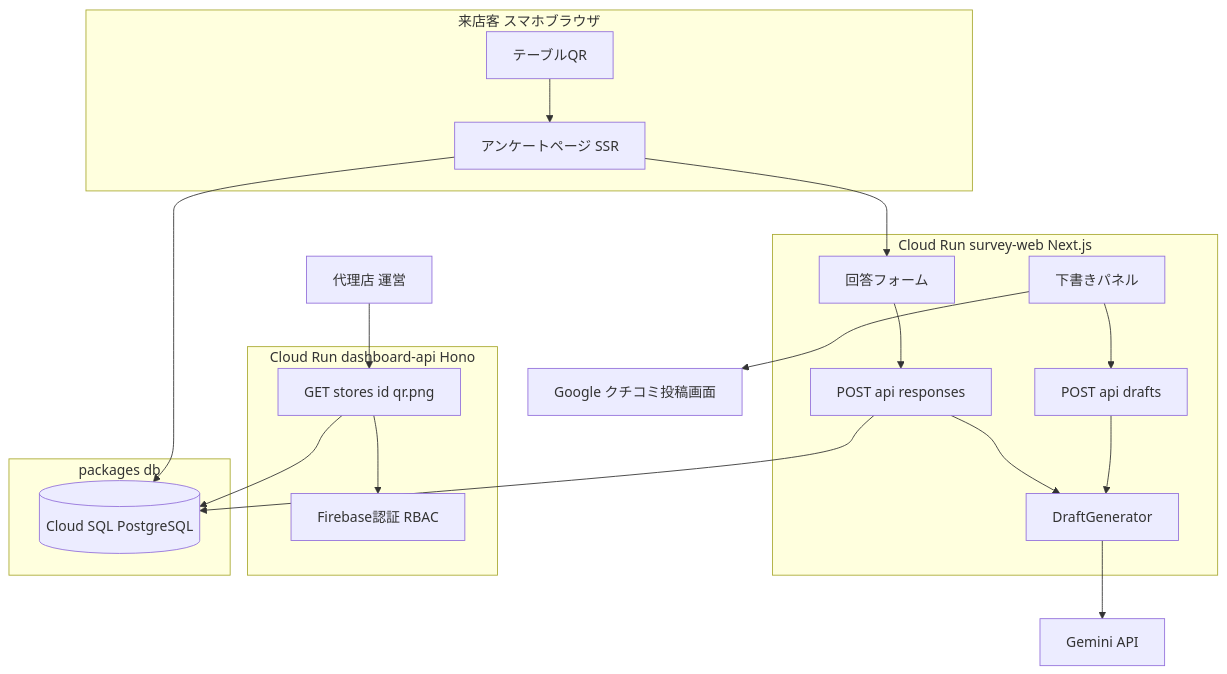
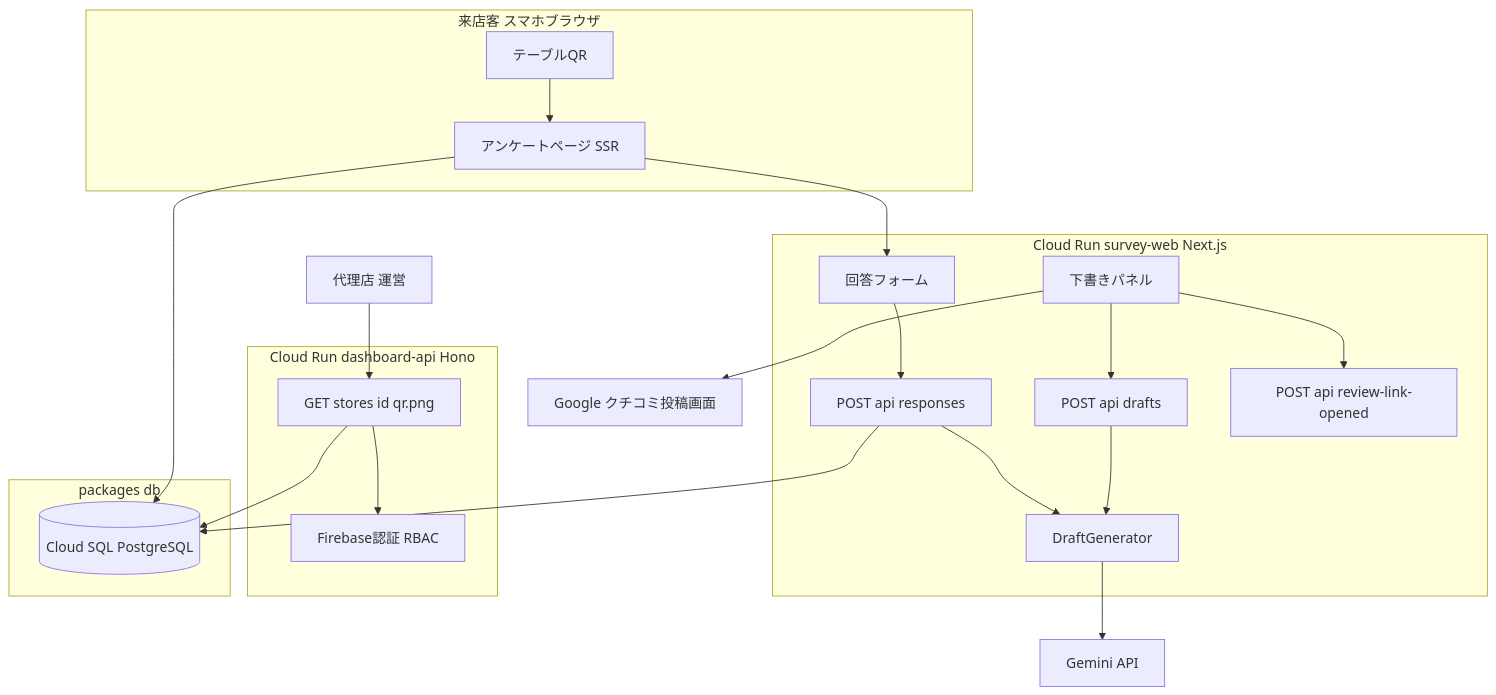
The first of 2 diagrams in .kiro/specs/review-acquisition/design.md (ManatoYamashita/fw-line-meo), drawn with Mermaid before and after one commit. The commit also changed other lines of this file and 2 other files, not shown here.

````diff
--- a/.kiro/specs/review-acquisition/design.md
+++ b/.kiro/specs/review-acquisition/design.md
@@ -62,25 +62,26 @@
 ```mermaid
 graph TB
     subgraph Customer[来店客 スマホブラウザ]
         QR[テーブルQR] --> SurveyPage
     end
     subgraph SurveyWeb[Cloud Run survey-web Next.js]
         SurveyPage[アンケートページ SSR] --> SurveyForm[回答フォーム]
         SurveyForm --> ResponsesAPI[POST api responses]
         DraftPanel[下書きパネル] --> DraftsAPI[POST api drafts]
+        DraftPanel --> ReviewLinkAPI[POST api review-link-opened]
         ResponsesAPI --> DraftGen[DraftGenerator]
         DraftsAPI --> DraftGen
     end
     subgraph DashApi[Cloud Run dashboard-api Hono]
         QrRoute[GET stores id qr.png] --> AuthMw[Firebase認証 RBAC]
     end
     subgraph Shared[packages db]
         DB[(Cloud SQL PostgreSQL)]
     end
     ResponsesAPI --> DB
     SurveyPage --> DB
     QrRoute --> DB
     DraftGen --> Gemini[Gemini API]
     DraftPanel --> GReview[Google クチコミ投稿画面]
     Agency[代理店 運営] --> QrRoute
 ```
````
